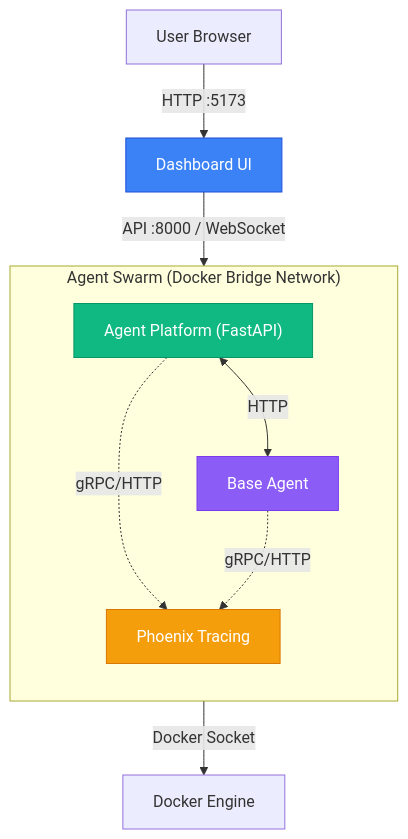
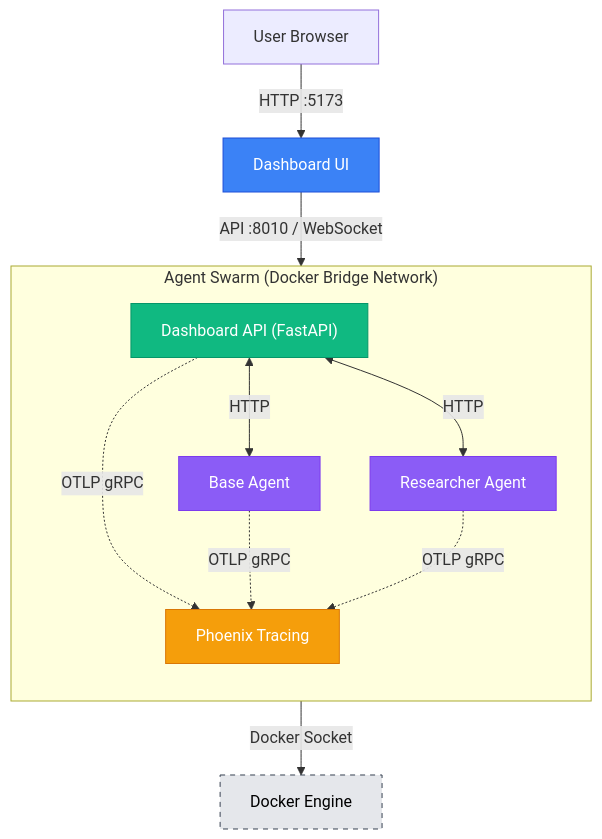
Before and after one commit to superfox247/AgentDevelopment: the second of 2 diagrams in docs/ARCHITECTURE.md, drawn with Mermaid. The commit also changed other lines of this file and 82 other files, not shown here.

First line of the commit message:
Add base agent implementation and workflow documentation

````diff
--- a/docs/ARCHITECTURE.md
+++ b/docs/ARCHITECTURE.md
@@ -68,39 +112,45 @@
 ```mermaid
 graph TD
     %% Define Styles
     classDef frontend fill:#3b82f6,stroke:#1d4ed8,color:white;
     classDef backend fill:#10b981,stroke:#059669,color:white;
     classDef agent fill:#8b5cf6,stroke:#7c3aed,color:white;
     classDef telemetry fill:#f59e0b,stroke:#d97706,color:white;
     classDef docker fill:#e5e7eb,stroke:#374151,color:black,stroke-dasharray: 5 5;
 
     %% Client Layer
     User["User Browser"] -->|HTTP :5173| Dashboard["Dashboard UI"]
     class Dashboard frontend
 
     %% Backend Layer
-    Dashboard -->|API :8000 / WebSocket| AgentPlatform["Agent Platform (FastAPI)"]
+    Dashboard -->|"API :8010 / WebSocket"| AgentPlatform["Dashboard API (FastAPI)"]
     class AgentPlatform backend
 
     %% Infrastructure
     AgentPlatform -->|"Docker Socket"| DockerEngine["Docker Engine"]
+    class DockerEngine docker
 
     %% Docker Bridge Network
     subgraph DockerNetwork ["Agent Swarm (Docker Bridge Network)"]
         direction TB
 
         BaseAgent["Base Agent"]
         class BaseAgent agent
 
+        Researcher["Researcher Agent"]
+        class Researcher agent
+
         %% Telemetry
         Phoenix["Phoenix Tracing"]
         class Phoenix telemetry
 
         %% Interactions
         AgentPlatform <-->|HTTP| BaseAgent
+        AgentPlatform <-->|HTTP| Researcher
 
         %% Telemetry Flow
-        AgentPlatform -.->|"gRPC/HTTP"| Phoenix
-        BaseAgent -.->|"gRPC/HTTP"| Phoenix
+        AgentPlatform -.->|"OTLP gRPC"| Phoenix
+        BaseAgent -.->|"OTLP gRPC"| Phoenix
+        Researcher -.->|"OTLP gRPC"| Phoenix
     end
 ```
````
